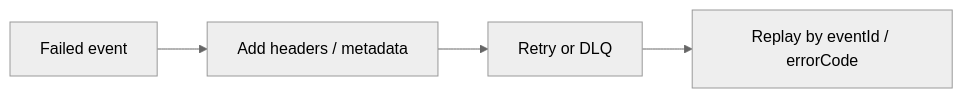
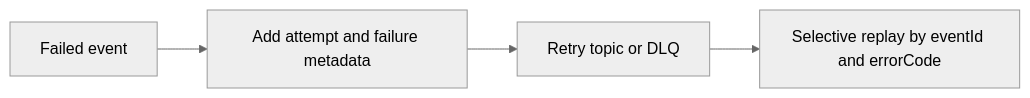
The diagram in _posts/2026-06-17-kafka-retry-dlq-poison-message-patterns-part-2.md (sandeepbhardwaj/sandeepbhardwaj.github.io), drawn with Mermaid (neutral theme) before and after one commit. The commit also changed other lines of this file and 113 other files, not shown here.

````diff
--- a/_posts/2026-06-17-kafka-retry-dlq-poison-message-patterns-part-2.md
+++ b/_posts/2026-06-17-kafka-retry-dlq-poison-message-patterns-part-2.md
@@ -45,6 +44,6 @@
 ```mermaid
 flowchart LR
-    A[Failed event] --> B[Add headers / metadata]
-    B --> C[Retry or DLQ]
-    C --> D[Replay by eventId / errorCode]
+    A[Failed event] --> B[Add attempt and failure metadata]
+    B --> C[Retry topic or DLQ]
+    C --> D[Selective replay by eventId and errorCode]
 ```
````
